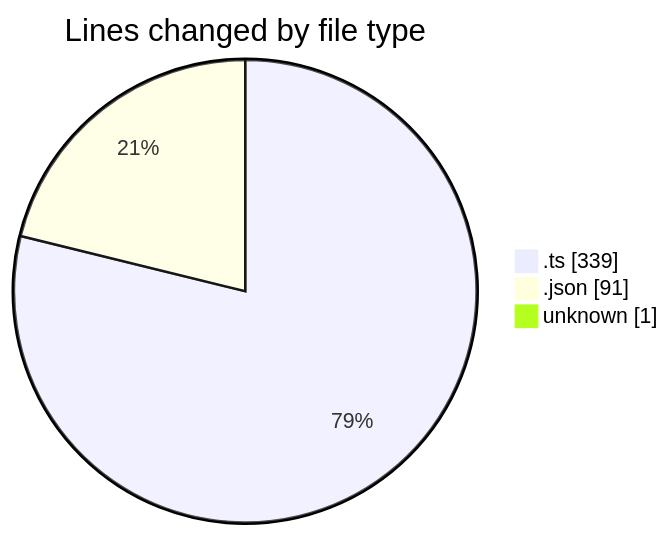
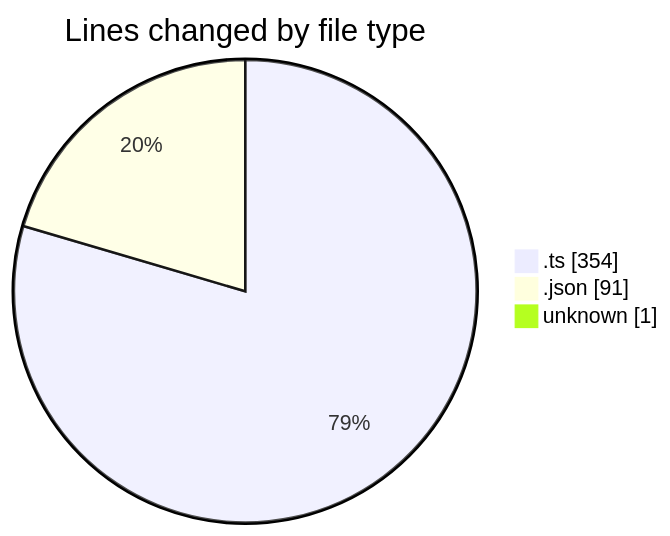
The first of 2 diagrams in 2025-02-08/maps_clone/README.md (donsfak/code-tracking), drawn with Mermaid before and after one commit. The commit also changed other lines of this file and 1 other file, not shown here.

````diff
--- a/2025-02-08/maps_clone/README.md
+++ b/2025-02-08/maps_clone/README.md
@@ -22,7 +22,7 @@
 ```mermaid
 pie showData
 title Lines changed by file type
-".ts" : 339
+".ts" : 354
 ".json" : 91
 "unknown" : 1
 ```
````
